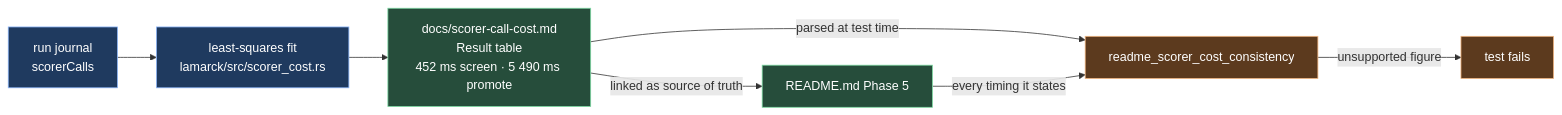
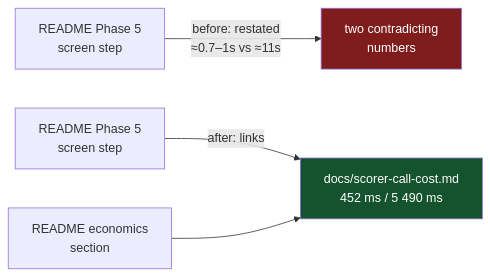
The diagram in docs/archive/pr-summaries/pr-summary-172.md (stSoftwareAU/NEAT-AI-Lamarck), drawn with Mermaid before and after one commit. The commit also changed other lines of this file and 3 other files, not shown here.

First line of the commit message:
Link the measured scorer costs from README Phase 5 (Issue #172)

````diff
--- a/docs/archive/pr-summaries/pr-summary-172.md
+++ b/docs/archive/pr-summaries/pr-summary-172.md
@@ -59,16 +18,8 @@
 ```mermaid
 flowchart LR
-    JOURNAL["run journal<br/>scorerCalls"] --> FIT["least-squares fit<br/>lamarck/src/scorer_cost.rs"]
-    FIT --> DOC["docs/scorer-call-cost.md<br/>Result table<br/>452 ms screen · 5 490 ms promote"]
-    DOC -->|"linked as source of truth"| README["README.md Phase 5"]
-    DOC -->|"parsed at test time"| TEST["readme_scorer_cost_consistency"]
-    README -->|"every timing it states"| TEST
-    TEST -->|"unsupported figure"| FAIL["test fails"]
-
-    classDef source fill:#1f3a5f,stroke:#8ab4f8,color:#ffffff
-    classDef doc fill:#264d3b,stroke:#7ddba3,color:#ffffff
-    classDef gate fill:#5c3a1e,stroke:#f0b37e,color:#ffffff
-    class JOURNAL,FIT source
-    class DOC,README doc
-    class TEST,FAIL gate
+    R["README Phase 5<br/>screen step"] -->|before: restated<br/>≈0.7–1s vs ≈11s| X["two contradicting<br/>numbers"]
+    R2["README Phase 5<br/>screen step"] -->|after: links| D["docs/scorer-call-cost.md<br/>452 ms / 5 490 ms"]
+    R3["README economics<br/>section"] --> D
+    style X fill:#7f1d1d,color:#ffffff
+    style D fill:#14532d,color:#ffffff
 ```
````
